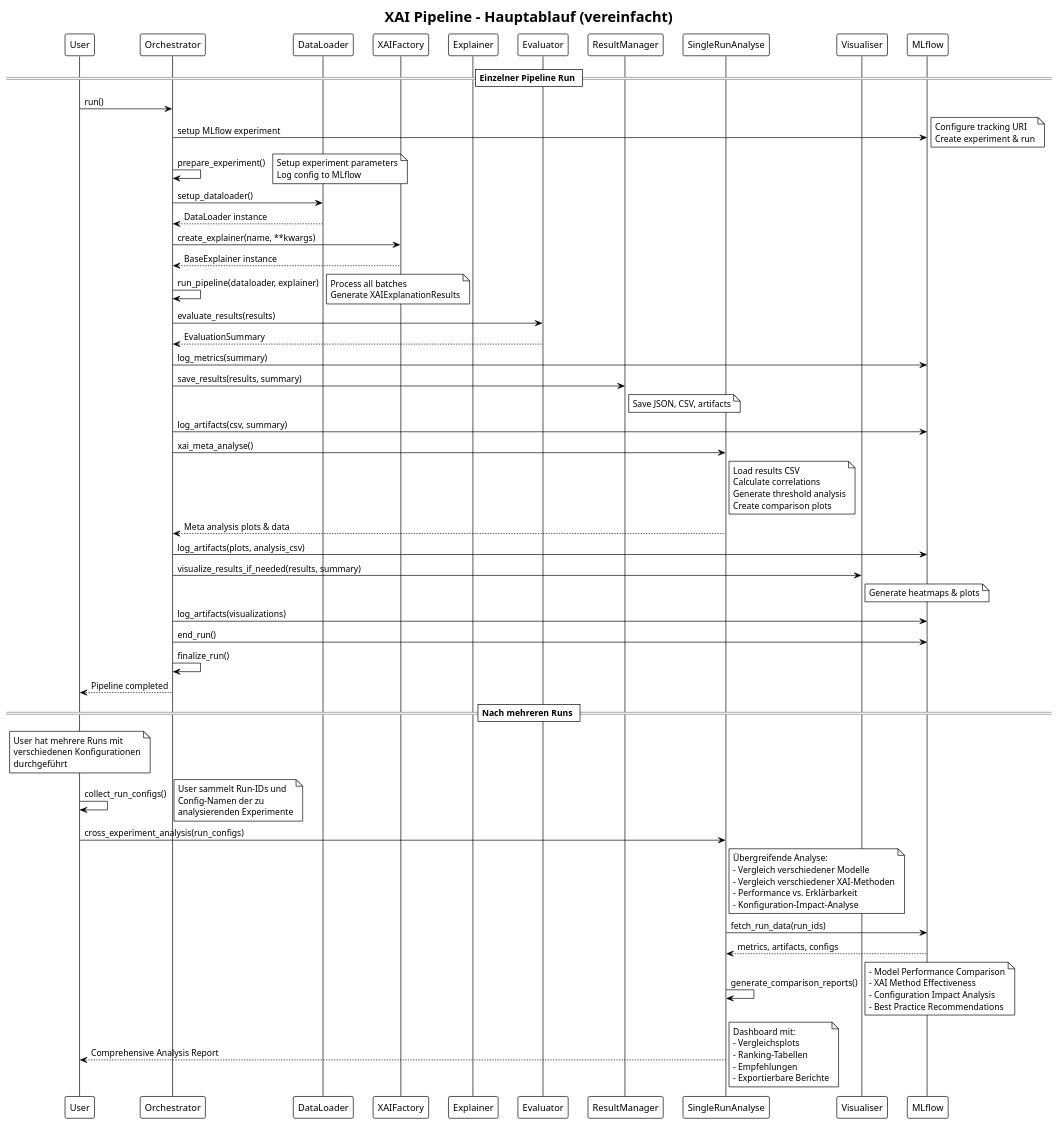
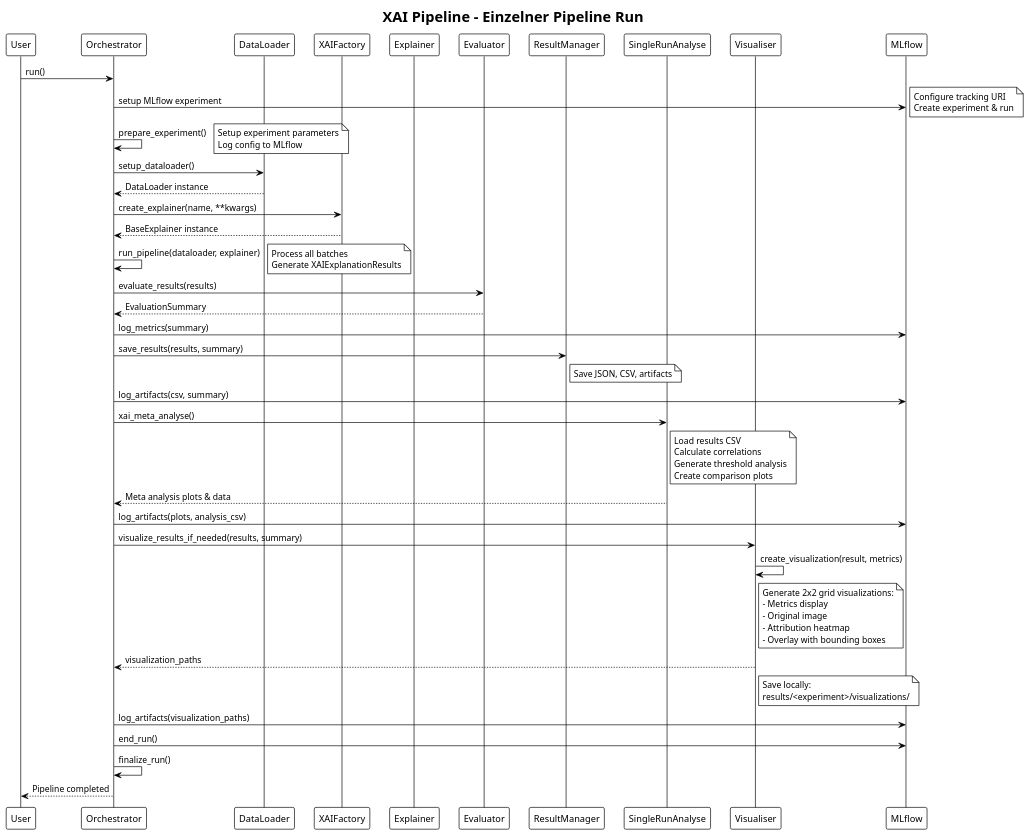
Before and after one commit to shum-panda/xai-eval-pipeline: the diagram in Documentation/architecture/general_pipeline.puml, drawn with PlantUML. The commit also changed 2 other files, not shown here.

```diff
--- a/Documentation/architecture/general_pipeline.puml
+++ b/Documentation/architecture/general_pipeline.puml
@@ -1,119 +1,83 @@
-@startuml main_pipeline_sequence
+@startuml single_pipeline_run
 !theme plain
-title XAI Pipeline - Hauptablauf (vereinfacht)
+title XAI Pipeline - Einzelner Pipeline Run
 
 participant User
 participant Orchestrator
 participant DataLoader
 participant XAIFactory
 participant Explainer as BaseExplainer
 participant Evaluator
 participant ResultManager
 participant SingleRunAnalyse
 participant Visualiser
 participant MLflow
-
-== Einzelner Pipeline Run ==
 
 User -> Orchestrator: run()
 
 Orchestrator -> MLflow: setup MLflow experiment
 note right
 Configure tracking URI
 Create experiment & run
 end note
 
 Orchestrator -> Orchestrator: prepare_experiment()
 note right
 Setup experiment parameters
 Log config to MLflow
 end note
 
 Orchestrator -> DataLoader: setup_dataloader()
 DataLoader --> Orchestrator: DataLoader instance
 
 Orchestrator -> XAIFactory: create_explainer(name, **kwargs)
 XAIFactory --> Orchestrator: BaseExplainer instance
 
 Orchestrator -> Orchestrator: run_pipeline(dataloader, explainer)
 note right
 Process all batches
 Generate XAIExplanationResults
 end note
 
 Orchestrator -> Evaluator: evaluate_results(results)
 Evaluator --> Orchestrator: EvaluationSummary
 Orchestrator -> MLflow: log_metrics(summary)
 
 Orchestrator -> ResultManager: save_results(results, summary)
 note right of ResultManager
 Save JSON, CSV, artifacts
 end note
 Orchestrator -> MLflow: log_artifacts(csv, summary)
 
 Orchestrator -> SingleRunAnalyse: xai_meta_analyse()
 note right of SingleRunAnalyse
 Load results CSV
 Calculate correlations
 Generate threshold analysis
 Create comparison plots
 end note
 SingleRunAnalyse --> Orchestrator: Meta analysis plots & data
 Orchestrator -> MLflow: log_artifacts(plots, analysis_csv)
 
 Orchestrator -> Visualiser: visualize_results_if_needed(results, summary)
+Visualiser -> Visualiser: create_visualization(result, metrics)
 note right of Visualiser
-Generate heatmaps & plots
+Generate 2x2 grid visualizations:
+- Metrics display
+- Original image
+- Attribution heatmap  
+- Overlay with bounding boxes
 end note
-Orchestrator -> MLflow: log_artifacts(visualizations)
+Visualiser --> Orchestrator: visualization_paths
+note right of Visualiser
+Save locally:
+results/<experiment>/visualizations/
+end note
+Orchestrator -> MLflow: log_artifacts(visualization_paths)
 
 Orchestrator -> MLflow: end_run()
 Orchestrator -> Orchestrator: finalize_run()
 
 Orchestrator --> User: Pipeline completed
 
-== Nach mehreren Runs ==
-
-note over User
-User hat mehrere Runs mit 
-verschiedenen Konfigurationen
-durchgeführt
-end note
-
-User -> User: collect_run_configs()
-note right
-User sammelt Run-IDs und
-Config-Namen der zu 
-analysierenden Experimente
-end note
-
-User -> SingleRunAnalyse: cross_experiment_analysis(run_configs)
-note right of SingleRunAnalyse
-Übergreifende Analyse:
-- Vergleich verschiedener Modelle
-- Vergleich verschiedener XAI-Methoden
-- Performance vs. Erklärbarkeit
-- Konfiguration-Impact-Analyse
-end note
-
-SingleRunAnalyse -> MLflow: fetch_run_data(run_ids)
-MLflow --> SingleRunAnalyse: metrics, artifacts, configs
-
-SingleRunAnalyse -> SingleRunAnalyse: generate_comparison_reports()
-note right
-- Model Performance Comparison
-- XAI Method Effectiveness
-- Configuration Impact Analysis
-- Best Practice Recommendations
-end note
-
-SingleRunAnalyse --> User: Comprehensive Analysis Report
-note right
-Dashboard mit:
-- Vergleichsplots
-- Ranking-Tabellen  
-- Empfehlungen
-- Exportierbare Berichte
-end note
-
 @enduml
```
